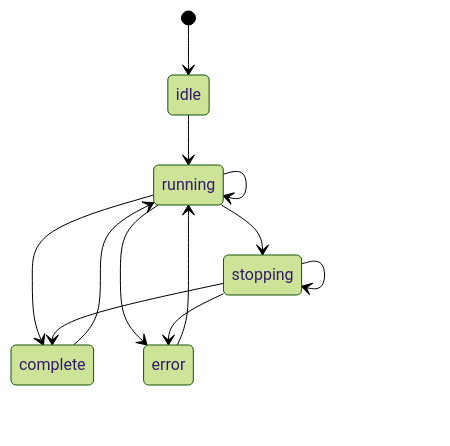
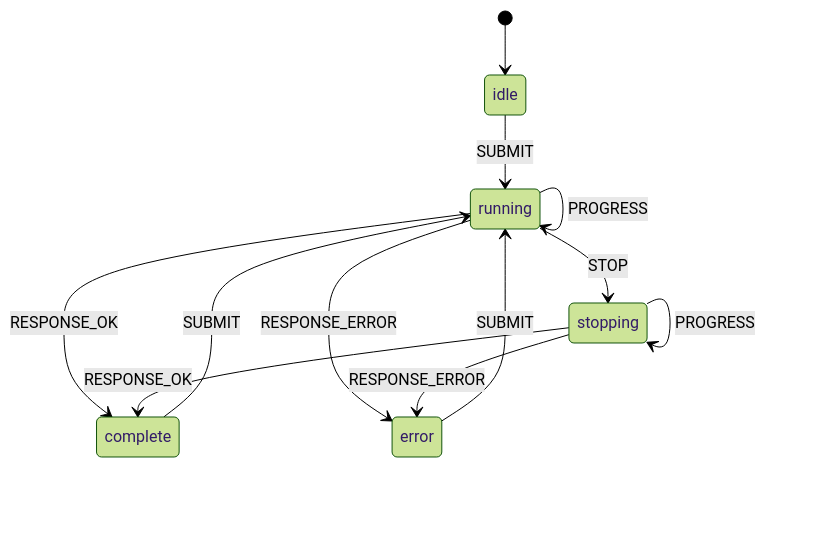
Before and after one commit to kody-hq/kody: diagram 31 of 52 in docs/contributing/state-machines.md, drawn with Mermaid (forest theme). The commit also changed other lines of this file and 78 other files, not shown here.

Commit message:
refactor: drive UI flows with XState actors

````diff
--- a/docs/contributing/state-machines.md
+++ b/docs/contributing/state-machines.md
@@ -999,14 +1023,14 @@
 ```mermaid
 stateDiagram-v2
     [*] --> idle
-    idle --> running
-    running --> running
-    running --> stopping
-    running --> complete
-    running --> error
-    stopping --> stopping
-    stopping --> complete
-    stopping --> error
-    complete --> running
-    error --> running
+    idle --> running: SUBMIT
+    running --> running: PROGRESS
+    running --> stopping: STOP
+    running --> complete: RESPONSE_OK
+    running --> error: RESPONSE_ERROR
+    stopping --> stopping: PROGRESS
+    stopping --> complete: RESPONSE_OK
+    stopping --> error: RESPONSE_ERROR
+    complete --> running: SUBMIT
+    error --> running: SUBMIT
 ```
````
